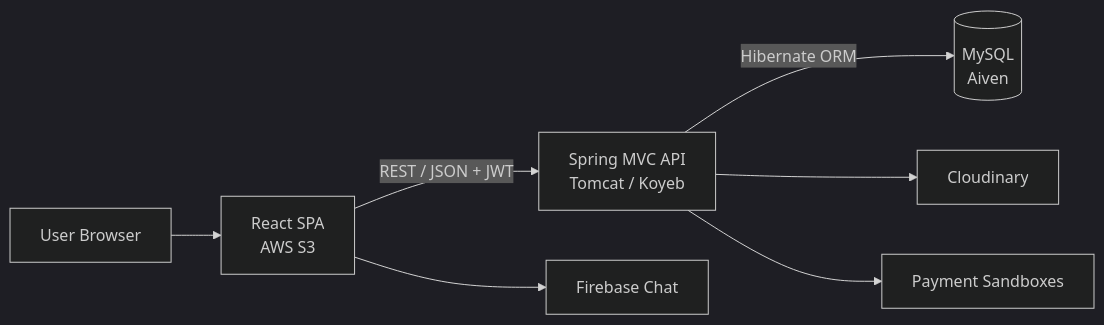
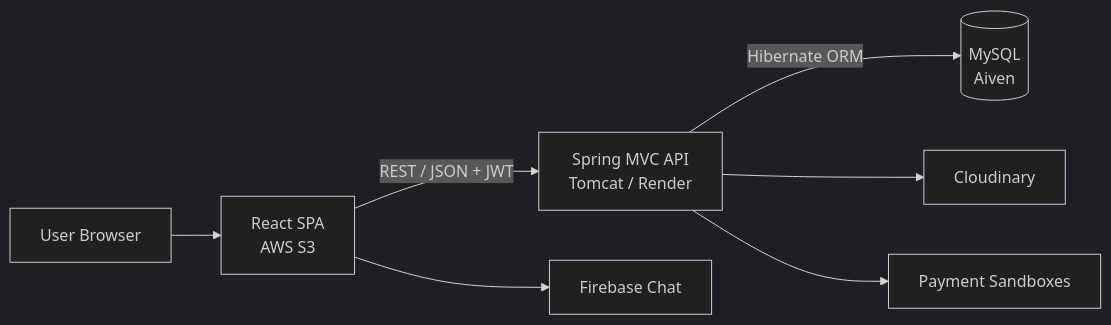
Before and after one commit to dominhvuong2206/TravelBookingSystem: the diagram in README.md, drawn with Mermaid (dark theme). The commit also changed other lines of this file, not shown here.

````diff
--- a/README.md
+++ b/README.md
@@ -65,9 +65,9 @@
 ```mermaid
 flowchart LR
     U[User Browser] --> F[React SPA<br/>AWS S3]
-    F -->|REST / JSON + JWT| B[Spring MVC API<br/>Tomcat / Koyeb]
+    F -->|REST / JSON + JWT| B[Spring MVC API<br/>Tomcat / Render]
     B -->|Hibernate ORM| D[(MySQL<br/>Aiven)]
     B --> C[Cloudinary]
     B --> P[Payment Sandboxes]
     F --> R[Firebase Chat]
 ```
````
